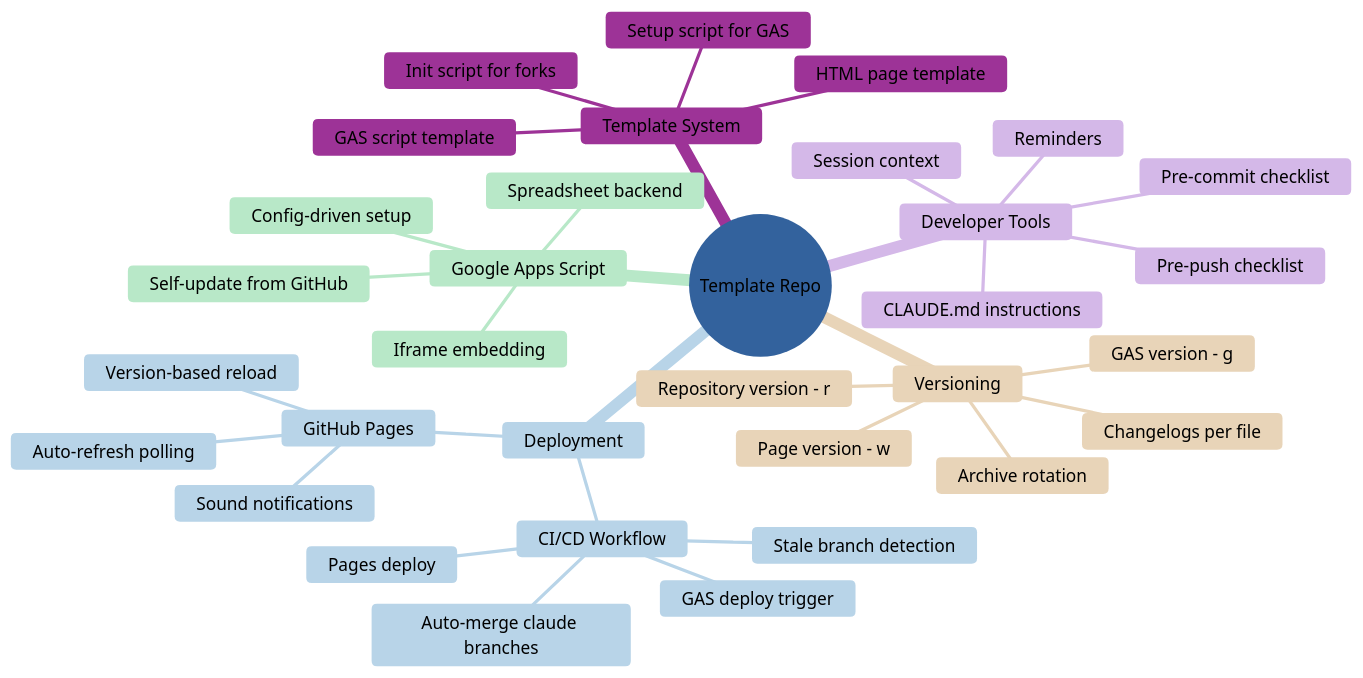
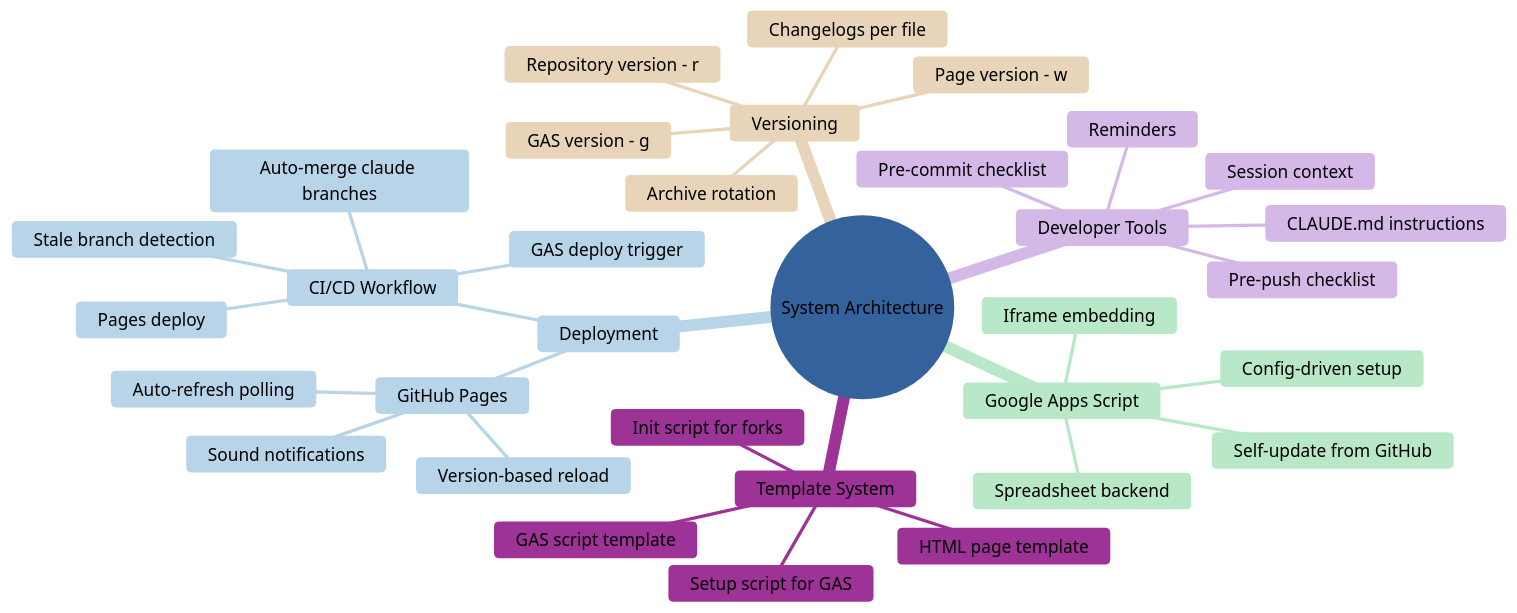
Before and after one commit to ShadowAISolutions/saistemplateprojectrepo: the fifth of 7 diagrams in repository-information/REPO-ARCHITECTURE.md, drawn with Mermaid. The commit also changed other lines of this file and 3 other files, not shown here.

First line of the commit message:
v02.06r Replace template-identity labels in diagrams with generic labels

````diff
--- a/repository-information/REPO-ARCHITECTURE.md
+++ b/repository-information/REPO-ARCHITECTURE.md
@@ -359,37 +359,37 @@
 ```mermaid
 %%{init: {'theme':'base', 'themeVariables': {'primaryColor': '#7ba3d4', 'primaryTextColor': '#000000', 'cScale0': '#e8b4b8', 'cScale1': '#b8d4e8', 'cScale2': '#b8e8c8', 'cScale3': '#e8d4b8', 'cScale4': '#d4b8e8', 'cScaleLabel0': '#000000', 'cScaleLabel1': '#000000', 'cScaleLabel2': '#000000', 'cScaleLabel3': '#000000', 'cScaleLabel4': '#000000', 'cScaleInv0': '#000000', 'cScaleInv1': '#000000', 'cScaleInv2': '#000000', 'cScaleInv3': '#000000', 'cScaleInv4': '#000000'}}}%%
 mindmap
-    root((Template Repo))
+    root((System Architecture))
         Deployment
             GitHub Pages
                 Auto-refresh polling
                 Version-based reload
                 Sound notifications
             CI/CD Workflow
                 Auto-merge claude branches
                 Stale branch detection
                 Pages deploy
                 GAS deploy trigger
         Google Apps Script
             Self-update from GitHub
             Config-driven setup
             Spreadsheet backend
             Iframe embedding
         Versioning
             Repository version - r
             Page version - w
             GAS version - g
             Changelogs per file
             Archive rotation
         Developer Tools
             CLAUDE.md instructions
             Pre-commit checklist
             Pre-push checklist
             Session context
             Reminders
         Template System
             HTML page template
             GAS script template
             Init script for forks
             Setup script for GAS
 ```
````
